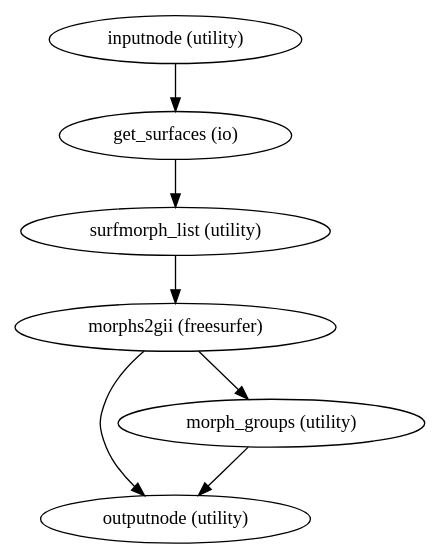
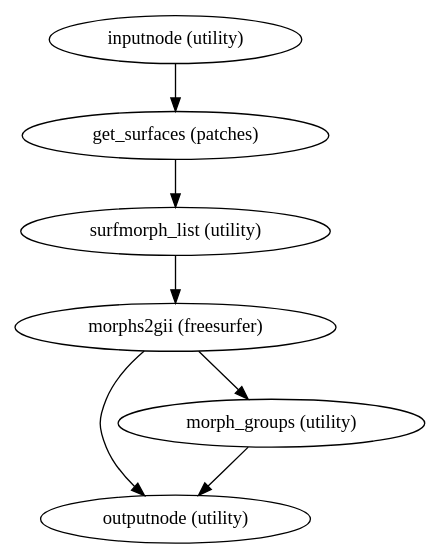
One commit to laviniawuensch/smriprep changed the diagram in master/wf_directive/api/gifti_morphometrics_wf/smriprep-workflows-surfaces-3.dot. Above: the diagram before and after it, drawn with Graphviz. The commit also changed 2568 other files, not shown here.

```diff
--- a/master/wf_directive/api/gifti_morphometrics_wf/smriprep-workflows-surfaces-3.dot
+++ b/master/wf_directive/api/gifti_morphometrics_wf/smriprep-workflows-surfaces-3.dot
@@ -1,14 +1,14 @@
 strict digraph  {
 "inputnode (utility)";
-"get_surfaces (io)";
+"get_surfaces (patches)";
 "surfmorph_list (utility)";
 "morphs2gii (freesurfer)";
 "outputnode (utility)";
 "morph_groups (utility)";
-"inputnode (utility)" -> "get_surfaces (io)";
-"get_surfaces (io)" -> "surfmorph_list (utility)";
+"inputnode (utility)" -> "get_surfaces (patches)";
+"get_surfaces (patches)" -> "surfmorph_list (utility)";
 "surfmorph_list (utility)" -> "morphs2gii (freesurfer)";
 "morphs2gii (freesurfer)" -> "outputnode (utility)";
 "morphs2gii (freesurfer)" -> "morph_groups (utility)";
 "morph_groups (utility)" -> "outputnode (utility)";
 }
```
